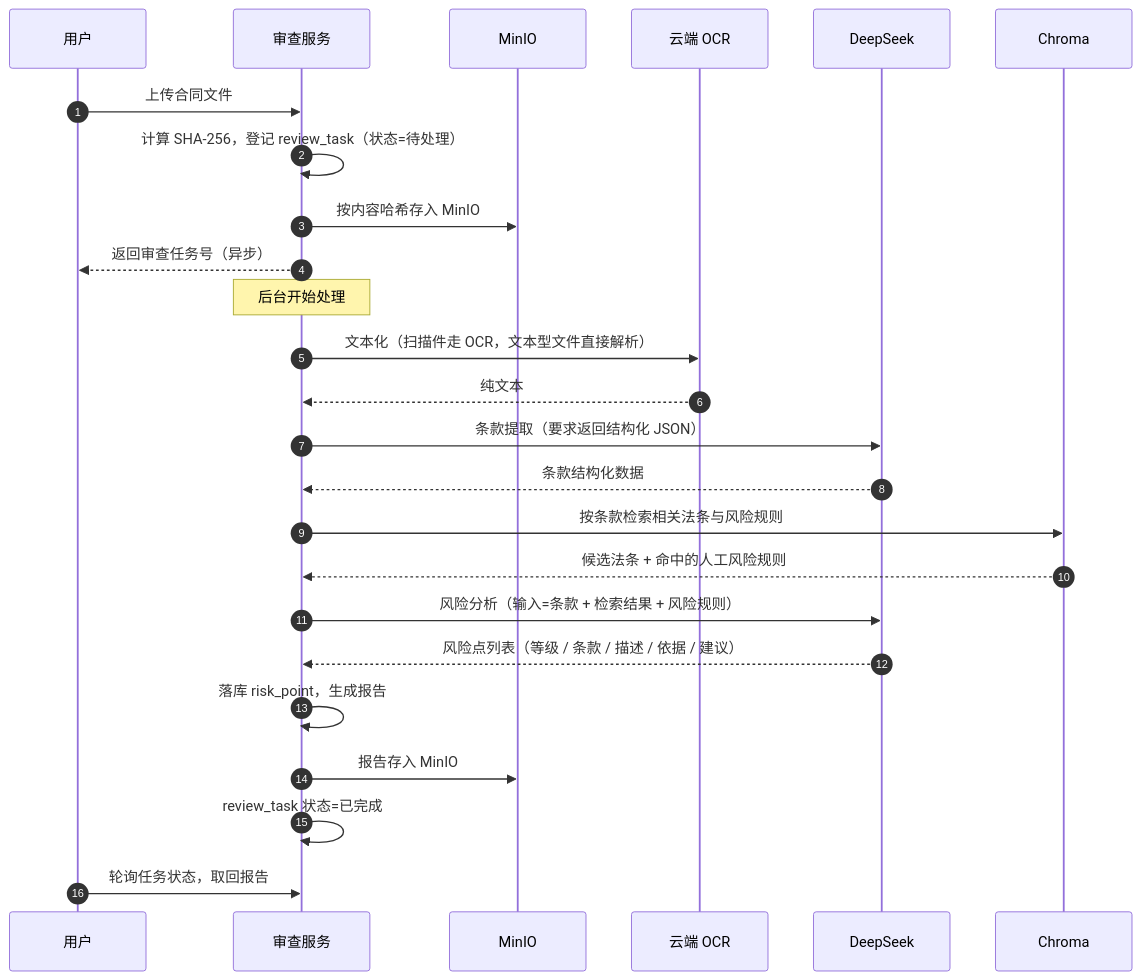
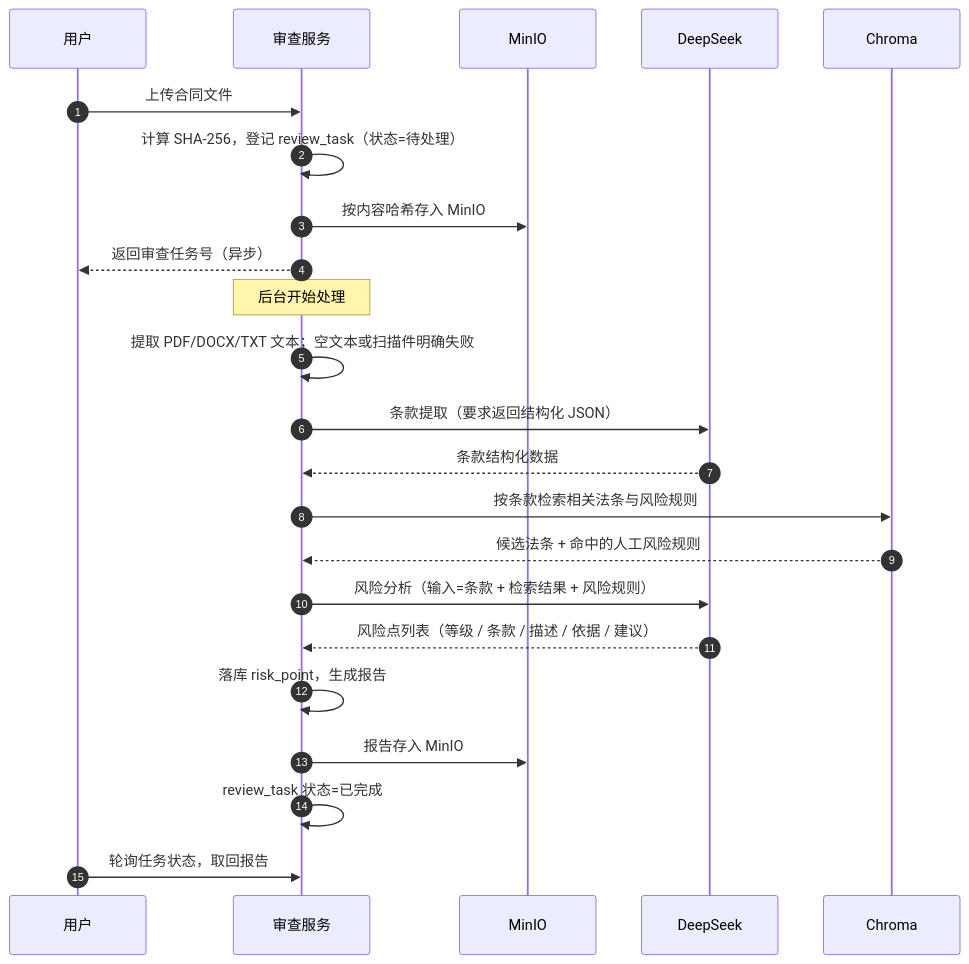
One commit to licat2023/law-wiz changed the third of 5 diagrams in docs/03-概要设计.md. Above: the diagram before and after it, drawn with Mermaid. The commit also changed other lines of this file and 17 other files, not shown here.

````diff
--- a/docs/03-概要设计.md
+++ b/docs/03-概要设计.md
@@ -321,28 +321,26 @@
 ```mermaid
 sequenceDiagram
     autonumber
     participant U as 用户
     participant API as 审查服务
     participant FS as MinIO
-    participant OCR as 云端 OCR
     participant LLM as DeepSeek
     participant VEC as Chroma
 
     U->>API: 上传合同文件
     API->>API: 计算 SHA-256，登记 review_task（状态=待处理）
     API->>FS: 按内容哈希存入 MinIO
     API-->>U: 返回审查任务号（异步）
     Note over API: 后台开始处理
-    API->>OCR: 文本化（扫描件走 OCR，文本型文件直接解析）
-    OCR-->>API: 纯文本
+    API->>API: 提取 PDF/DOCX/TXT 文本；空文本或扫描件明确失败
     API->>LLM: 条款提取（要求返回结构化 JSON）
     LLM-->>API: 条款结构化数据
     API->>VEC: 按条款检索相关法条与风险规则
     VEC-->>API: 候选法条 + 命中的人工风险规则
     API->>LLM: 风险分析（输入=条款 + 检索结果 + 风险规则）
     LLM-->>API: 风险点列表（等级 / 条款 / 描述 / 依据 / 建议）
     API->>API: 落库 risk_point，生成报告
     API->>FS: 报告存入 MinIO
     API->>API: review_task 状态=已完成
     U->>API: 轮询任务状态，取回报告
 ```
````
